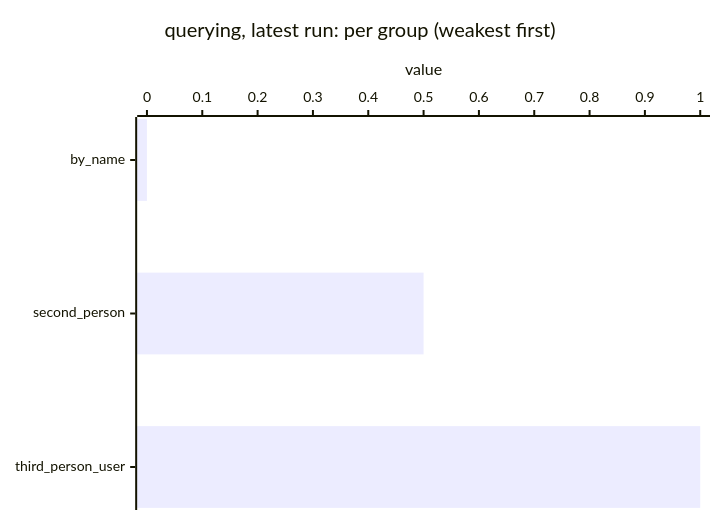
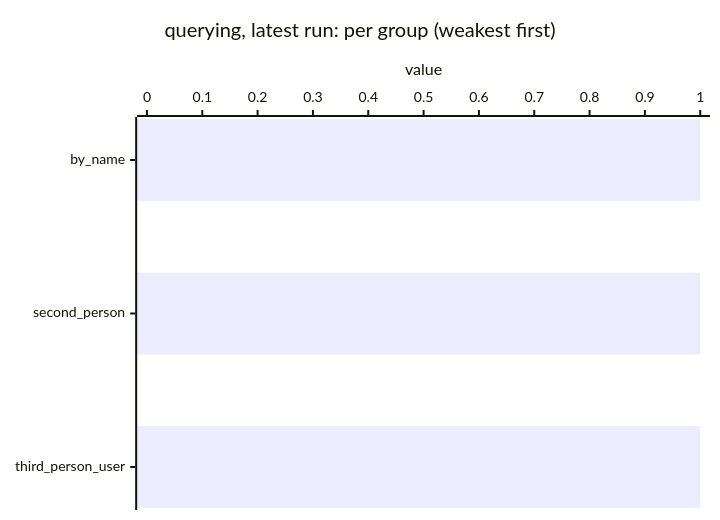
Before and after one commit to megagonlabs/blue-data-user-source: the second of 2 diagrams in lib/tests/benchmarks/querying/results/README.md, drawn with Mermaid. The commit also changed other lines of this file and 5 other files, not shown here.

````diff
--- a/lib/tests/benchmarks/querying/results/README.md
+++ b/lib/tests/benchmarks/querying/results/README.md
@@ -47,7 +47,7 @@
 ```mermaid
 xychart-beta horizontal
     title "querying, latest run: per group (weakest first)"
     x-axis ["by_name", "second_person", "third_person_user"]
     y-axis "value" 0 --> 1
-    bar [0.00, 0.50, 1.00]
+    bar [1.00, 1.00, 1.00]
 ```
````
